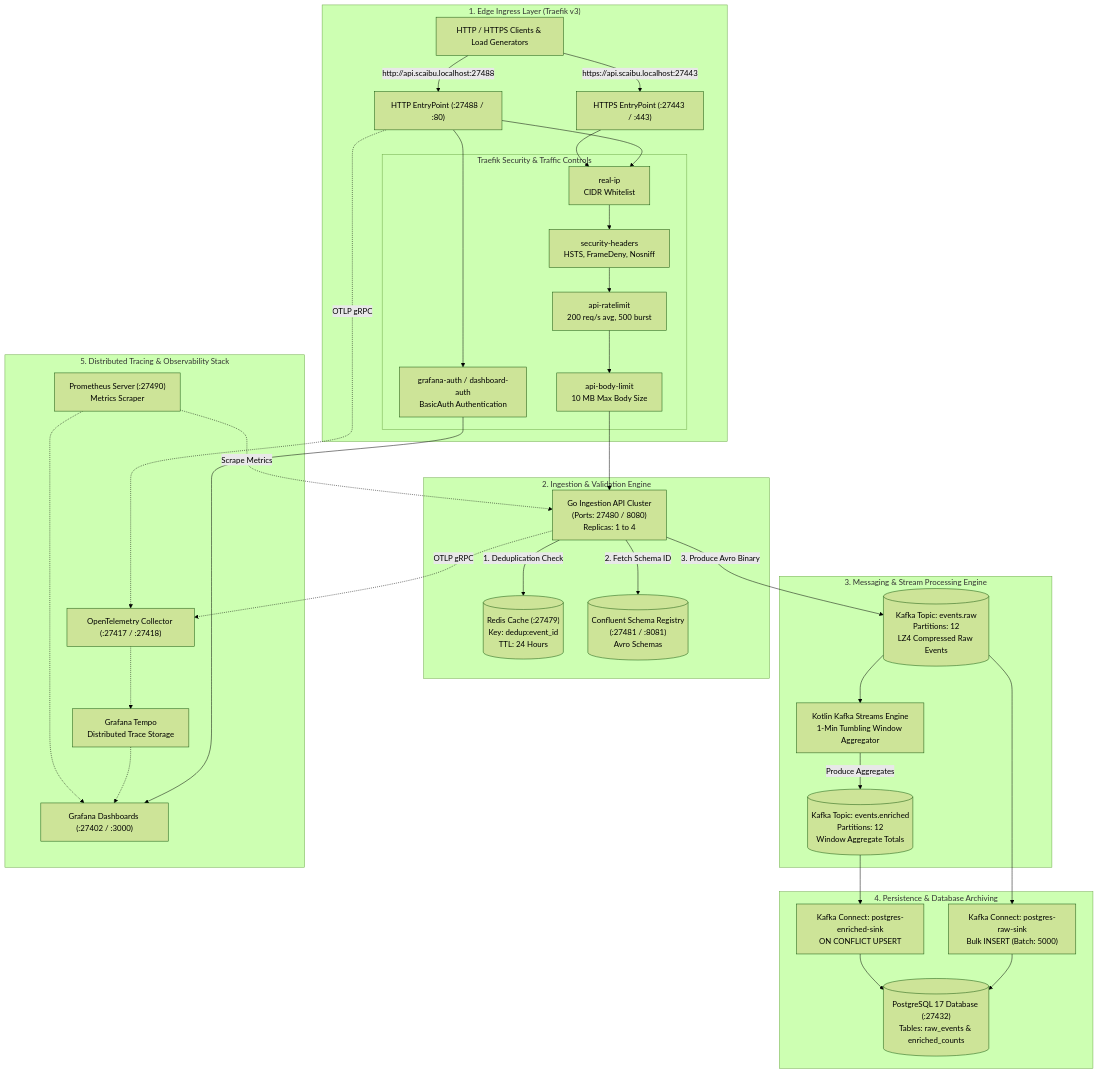
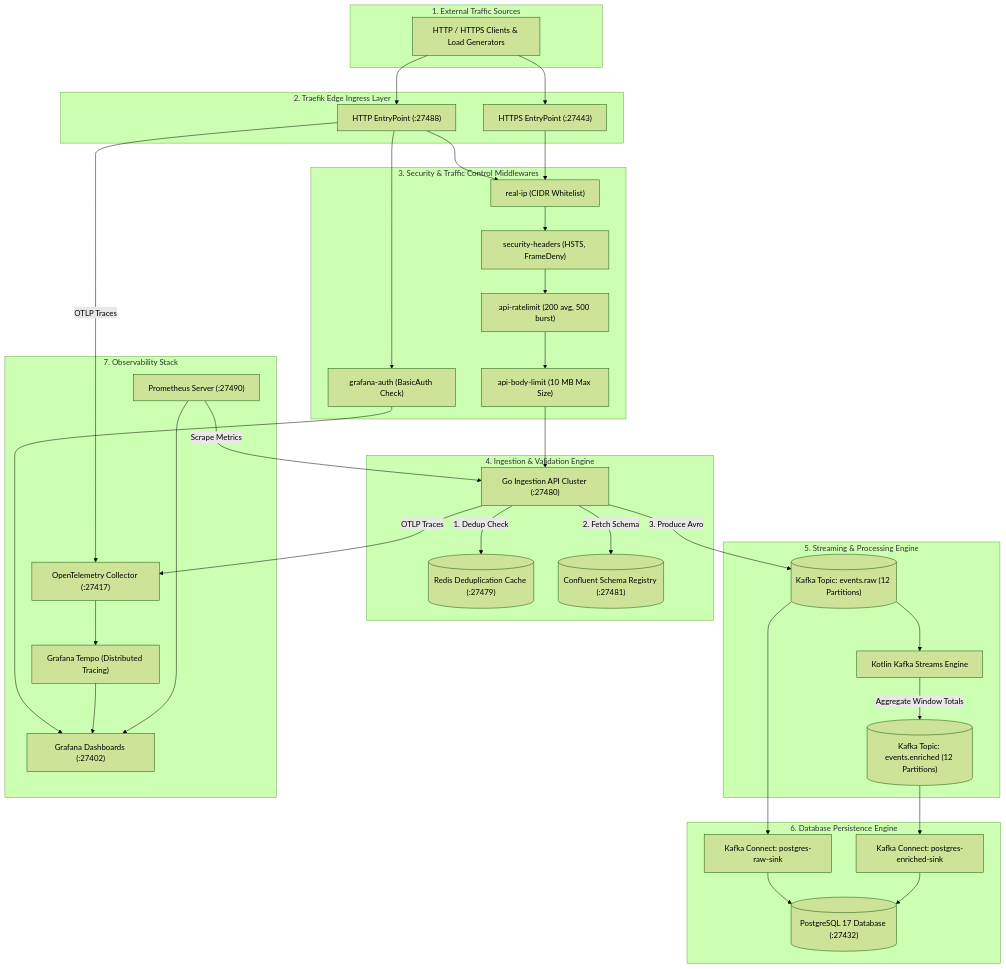
One commit to Chief-Strategist-J/messaging-pipeline changed the first of 3 diagrams in README.md. Above: the diagram before and after it, drawn with Mermaid (forest theme). The commit also changed other lines of this file, not shown here.

Commit message:
fix: resolve GitHub Mermaid rendering issue by flattening nested subgraphs

````diff
--- a/README.md
+++ b/README.md
@@ -13,65 +13,68 @@
 ```mermaid
 flowchart TD
-    subgraph Edge ["1. Edge Ingress Layer (Traefik v3)"]
+    subgraph Clients["1. External Traffic Sources"]
         CLIENT["HTTP / HTTPS Clients & Load Generators"]
-        TRAEFIK_HTTP["HTTP EntryPoint (:27488 / :80)"]
-        TRAEFIK_HTTPS["HTTPS EntryPoint (:27443 / :443)"]
-        
-        subgraph Middlewares ["Traefik Security & Traffic Controls"]
-            IP_ALLOW["real-ip<br/>CIDR Whitelist"]
-            SEC_HEADERS["security-headers<br/>HSTS, FrameDeny, Nosniff"]
-            RATE_LIM["api-ratelimit<br/>200 req/s avg, 500 burst"]
-            BODY_LIM["api-body-limit<br/>10 MB Max Body Size"]
-            AUTH_CHK["grafana-auth / dashboard-auth<br/>BasicAuth Authentication"]
-        end
     end
 
-    subgraph AppLayer ["2. Ingestion & Validation Engine"]
-        API_APP["Go Ingestion API Cluster<br/>(Ports: 27480 / 8080)<br/>Replicas: 1 to 4"]
-        REDIS_CACHE[("Redis Cache (:27479)<br/>Key: dedup:event_id<br/>TTL: 24 Hours")]
-        SCHEMA_REG[("Confluent Schema Registry<br/>(:27481 / :8081)<br/>Avro Schemas")]
+    subgraph Edge["2. Traefik Edge Ingress Layer"]
+        TRAEFIK_HTTP["HTTP EntryPoint (:27488)"]
+        TRAEFIK_HTTPS["HTTPS EntryPoint (:27443)"]
     end
 
-    subgraph Streaming ["3. Messaging & Stream Processing Engine"]
-        KAFKA_RAW[("Kafka Topic: events.raw<br/>Partitions: 12<br/>LZ4 Compressed Raw Events")]
-        KSTREAMS["Kotlin Kafka Streams Engine<br/>1-Min Tumbling Window Aggregator"]
-        KAFKA_ENRICHED[("Kafka Topic: events.enriched<br/>Partitions: 12<br/>Window Aggregate Totals")]
+    subgraph Security["3. Security & Traffic Control Middlewares"]
+        IP_ALLOW["real-ip (CIDR Whitelist)"]
+        SEC_HEADERS["security-headers (HSTS, FrameDeny)"]
+        RATE_LIM["api-ratelimit (200 avg, 500 burst)"]
+        BODY_LIM["api-body-limit (10 MB Max Size)"]
+        AUTH_CHK["grafana-auth (BasicAuth Check)"]
     end
 
-    subgraph Storage ["4. Persistence & Database Archiving"]
-        CONNECT_RAW["Kafka Connect: postgres-raw-sink<br/>Bulk INSERT (Batch: 5000)"]
-        CONNECT_ENRICHED["Kafka Connect: postgres-enriched-sink<br/>ON CONFLICT UPSERT"]
-        POSTGRES_DB[("PostgreSQL 17 Database (:27432)<br/>Tables: raw_events & enriched_counts")]
+    subgraph Ingestion["4. Ingestion & Validation Engine"]
+        API_APP["Go Ingestion API Cluster (:27480)"]
+        REDIS_CACHE[("Redis Deduplication Cache (:27479)")]
+        SCHEMA_REG[("Confluent Schema Registry (:27481)")]
     end
 
-    subgraph Telemetry ["5. Distributed Tracing & Observability Stack"]
-        OTEL_COLL["OpenTelemetry Collector (:27417 / :27418)"]
-        TEMPO["Grafana Tempo<br/>Distributed Trace Storage"]
-        PROMETHEUS["Prometheus Server (:27490)<br/>Metrics Scraper"]
-        GRAFANA["Grafana Dashboards (:27402 / :3000)"]
+    subgraph Streaming["5. Streaming & Processing Engine"]
+        KAFKA_RAW[("Kafka Topic: events.raw (12 Partitions)")]
+        KSTREAMS["Kotlin Kafka Streams Engine"]
+        KAFKA_ENRICHED[("Kafka Topic: events.enriched (12 Partitions)")]
     end
 
-    CLIENT -->|http://api.scaibu.localhost:27488| TRAEFIK_HTTP
-    CLIENT -->|https://api.scaibu.localhost:27443| TRAEFIK_HTTPS
+    subgraph Persistence["6. Database Persistence Engine"]
+        CONNECT_RAW["Kafka Connect: postgres-raw-sink"]
+        CONNECT_ENRICHED["Kafka Connect: postgres-enriched-sink"]
+        POSTGRES_DB[("PostgreSQL 17 Database (:27432)")]
+    end
+
+    subgraph Observability["7. Observability Stack"]
+        OTEL_COLL["OpenTelemetry Collector (:27417)"]
+        TEMPO["Grafana Tempo (Distributed Tracing)"]
+        PROMETHEUS["Prometheus Server (:27490)"]
+        GRAFANA["Grafana Dashboards (:27402)"]
+    end
+
+    CLIENT --> TRAEFIK_HTTP
+    CLIENT --> TRAEFIK_HTTPS
     TRAEFIK_HTTP --> IP_ALLOW
     TRAEFIK_HTTPS --> IP_ALLOW
     IP_ALLOW --> SEC_HEADERS --> RATE_LIM --> BODY_LIM --> API_APP
     TRAEFIK_HTTP --> AUTH_CHK --> GRAFANA
 
-    API_APP -->|1. Deduplication Check| REDIS_CACHE
-    API_APP -->|2. Fetch Schema ID| SCHEMA_REG
-    API_APP -->|3. Produce Avro Binary| KAFKA_RAW
+    API_APP -->|1. Dedup Check| REDIS_CACHE
+    API_APP -->|2. Fetch Schema| SCHEMA_REG
+    API_APP -->|3. Produce Avro| KAFKA_RAW
 
     KAFKA_RAW --> KSTREAMS
-    KSTREAMS -->|Produce Aggregates| KAFKA_ENRICHED
+    KSTREAMS -->|Aggregate Window Totals| KAFKA_ENRICHED
 
     KAFKA_RAW --> CONNECT_RAW --> POSTGRES_DB
     KAFKA_ENRICHED --> CONNECT_ENRICHED --> POSTGRES_DB
 
-    API_APP -.->|OTLP gRPC| OTEL_COLL
-    TRAEFIK_HTTP -.->|OTLP gRPC| OTEL_COLL
-    OTEL_COLL -.-> TEMPO
-    PROMETHEUS -.->|Scrape Metrics| API_APP
-    TEMPO -.-> GRAFANA
-    PROMETHEUS -.-> GRAFANA
+    API_APP -->|OTLP Traces| OTEL_COLL
+    TRAEFIK_HTTP -->|OTLP Traces| OTEL_COLL
+    OTEL_COLL --> TEMPO
+    PROMETHEUS -->|Scrape Metrics| API_APP
+    TEMPO --> GRAFANA
+    PROMETHEUS --> GRAFANA
 ```
````
